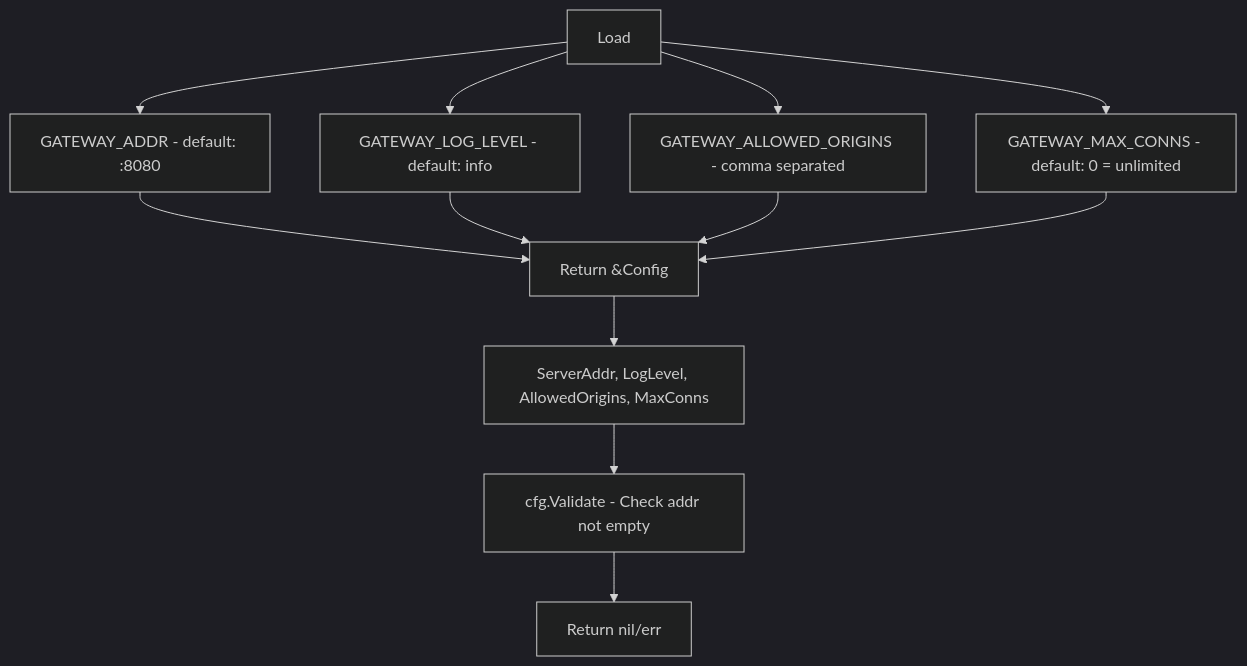
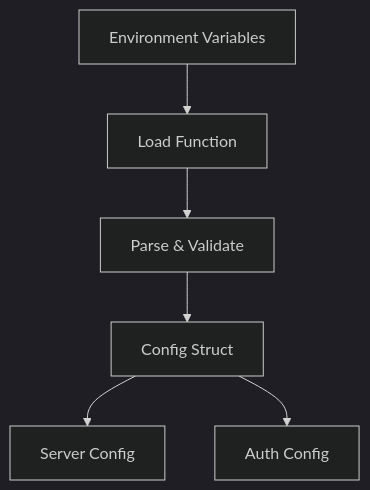
Before and after one commit to radch-ai/ava: the diagram in docs/config.md, drawn with Mermaid (dark theme). The commit also changed other lines of this file and 11 other files, not shown here.

````diff
--- a/docs/config.md
+++ b/docs/config.md
@@ -16,14 +7,8 @@
 ```mermaid
 flowchart TB
-    Load[Load] --> Addr["GATEWAY_ADDR - default: :8080"]
-    Load --> Level["GATEWAY_LOG_LEVEL - default: info"]
-    Load --> Origins["GATEWAY_ALLOWED_ORIGINS - comma separated"]
-    Load --> Conns["GATEWAY_MAX_CONNS - default: 0 = unlimited"]
-    Addr --> Return[Return &Config]
-    Level --> Return
-    Origins --> Return
-    Conns --> Return
-    Return --> Config["ServerAddr, LogLevel, AllowedOrigins, MaxConns"]
-    Config --> Validate[cfg.Validate - Check addr not empty]
-    Validate --> Result[Return nil/err]
+    Env[Environment Variables] --> Load[Load Function]
+    Load --> Parse[Parse & Validate]
+    Parse --> Config[Config Struct]
+    Config --> Server[Server Config]
+    Config --> Auth[Auth Config]
 ```
````
